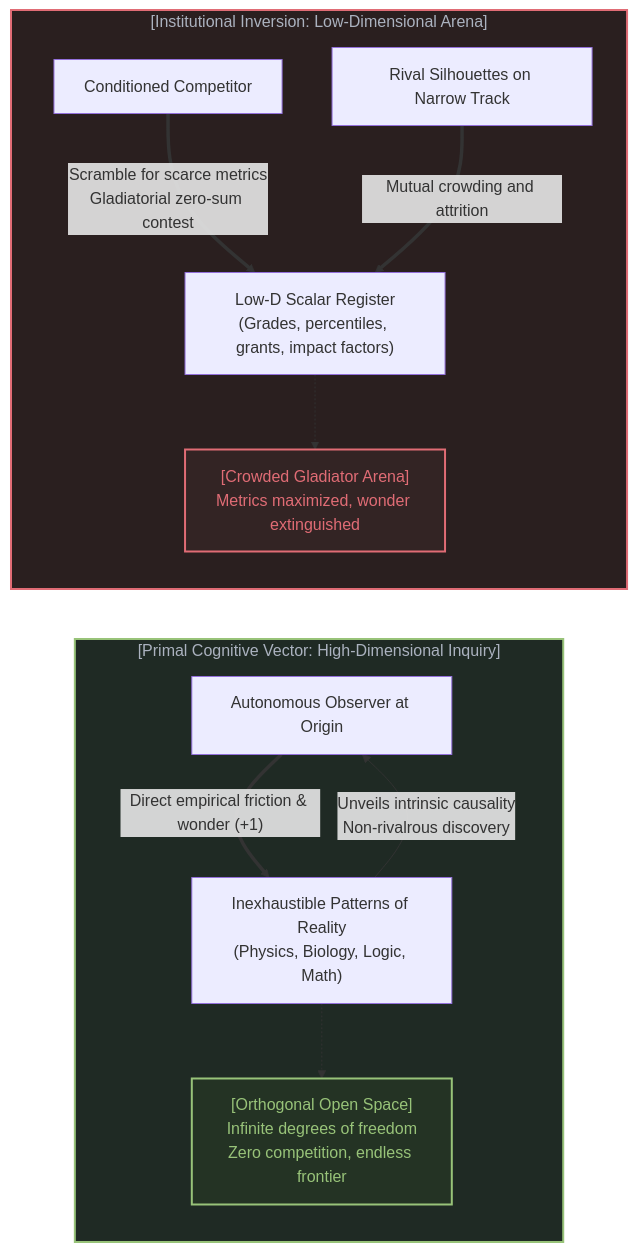
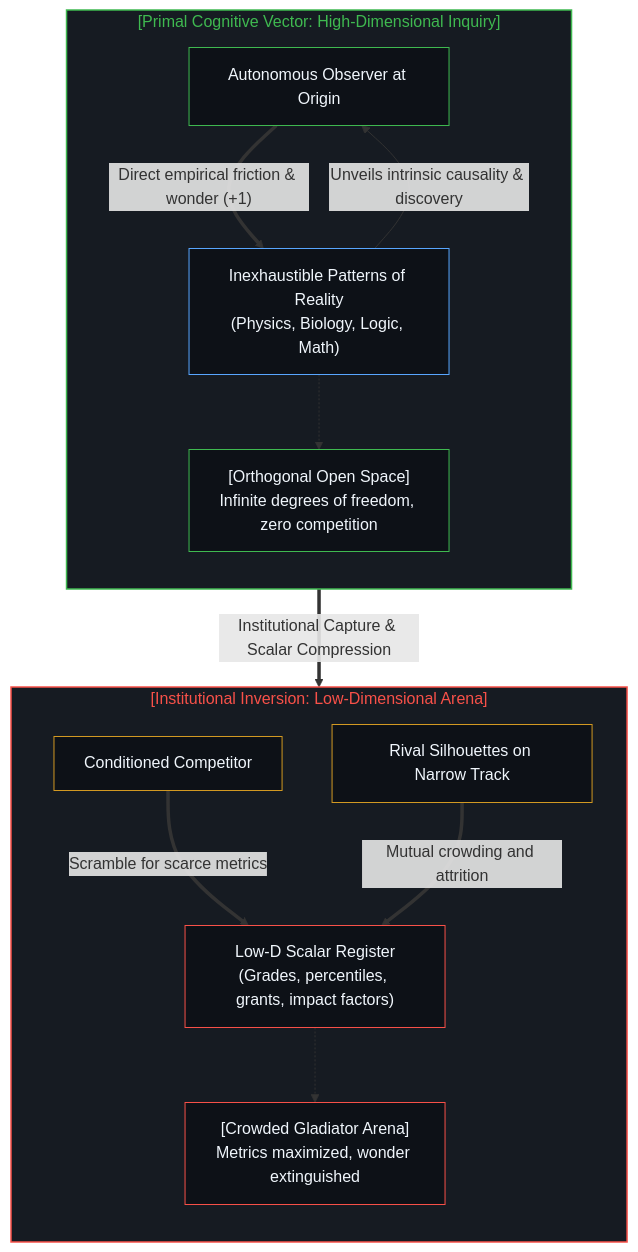
The second of 10 diagrams in content/posts/the-reversal-of-education-and-science.md (powerpig99/not-a-toe), drawn with Mermaid before and after one commit. The commit also changed other lines of this file and 11 other files, not shown here.

````diff
--- a/content/posts/the-reversal-of-education-and-science.md
+++ b/content/posts/the-reversal-of-education-and-science.md
@@ -61,26 +59,35 @@
 ```mermaid
-graph LR
-    subgraph OriginalState["[Primal Cognitive Vector: High-Dimensional Inquiry]"]
+flowchart TD
+    subgraph S_Original["[Primal Cognitive Vector: High-Dimensional Inquiry]"]
+        direction TB
         Mind["Autonomous Observer at Origin"]
-        Reality["Inexhaustible Patterns of Reality<br>(Physics, Biology, Logic, Math)"]
+        Reality["Inexhaustible Patterns of Reality<br/>(Physics, Biology, Logic, Math)"]
+        Space["[Orthogonal Open Space]<br/>Infinite degrees of freedom, zero competition"]
         Mind ==>|"Direct empirical friction & wonder (+1)"| Reality
-        Reality -->|"Unveils intrinsic causality<br>Non-rivalrous discovery"| Mind
-        Space["[Orthogonal Open Space]<br>Infinite degrees of freedom<br>Zero competition, endless frontier"]
+        Reality -->|"Unveils intrinsic causality & discovery"| Mind
         Reality -.-> Space
     end
 
-    subgraph InvertedState["[Institutional Inversion: Low-Dimensional Arena]"]
+    S_Original ==>|"Institutional Capture & Scalar Compression"| S_Inverted
+
+    subgraph S_Inverted["[Institutional Inversion: Low-Dimensional Arena]"]
+        direction TB
         Student["Conditioned Competitor"]
-        Register["Low-D Scalar Register<br>(Grades, percentiles, grants, impact factors)"]
         OtherPeers["Rival Silhouettes on Narrow Track"]
-        Student ==>|"Scramble for scarce metrics<br>Gladiatorial zero-sum contest"| Register
+        Register["Low-D Scalar Register<br/>(Grades, percentiles, grants, impact factors)"]
+        WarZone["[Crowded Gladiator Arena]<br/>Metrics maximized, wonder extinguished"]
+        Student ==>|"Scramble for scarce metrics"| Register
         OtherPeers ==>|"Mutual crowding and attrition"| Register
-        WarZone["[Crowded Gladiator Arena]<br>Metrics maximized, wonder extinguished"]
         Register -.-> WarZone
     end
 
-    style OriginalState fill:#1f2a24,stroke:#98c379,stroke-width:2px,color:#abb2bf
-    style InvertedState fill:#2a1f1f,stroke:#e06c75,stroke-width:2px,color:#abb2bf
-    style Space fill:#243324,stroke:#98c379,stroke-width:2px,color:#98c379
-    style WarZone fill:#332424,stroke:#e06c75,stroke-width:2px,color:#e06c75
+    style S_Original fill:#161b22,stroke:#3fb950,stroke-width:1.5px,color:#3fb950
+    style S_Inverted fill:#161b22,stroke:#f85149,stroke-width:1.5px,color:#f85149
+    style Mind fill:#0d1117,stroke:#3fb950,stroke-width:1px,color:#f0f6fc
+    style Reality fill:#0d1117,stroke:#58a6ff,stroke-width:1px,color:#f0f6fc
+    style Space fill:#0d1117,stroke:#3fb950,stroke-width:1px,color:#f0f6fc
+    style Student fill:#0d1117,stroke:#d29922,stroke-width:1px,color:#f0f6fc
+    style OtherPeers fill:#0d1117,stroke:#d29922,stroke-width:1px,color:#f0f6fc
+    style Register fill:#0d1117,stroke:#f85149,stroke-width:1px,color:#f0f6fc
+    style WarZone fill:#0d1117,stroke:#f85149,stroke-width:1px,color:#f0f6fc
 ```
````
